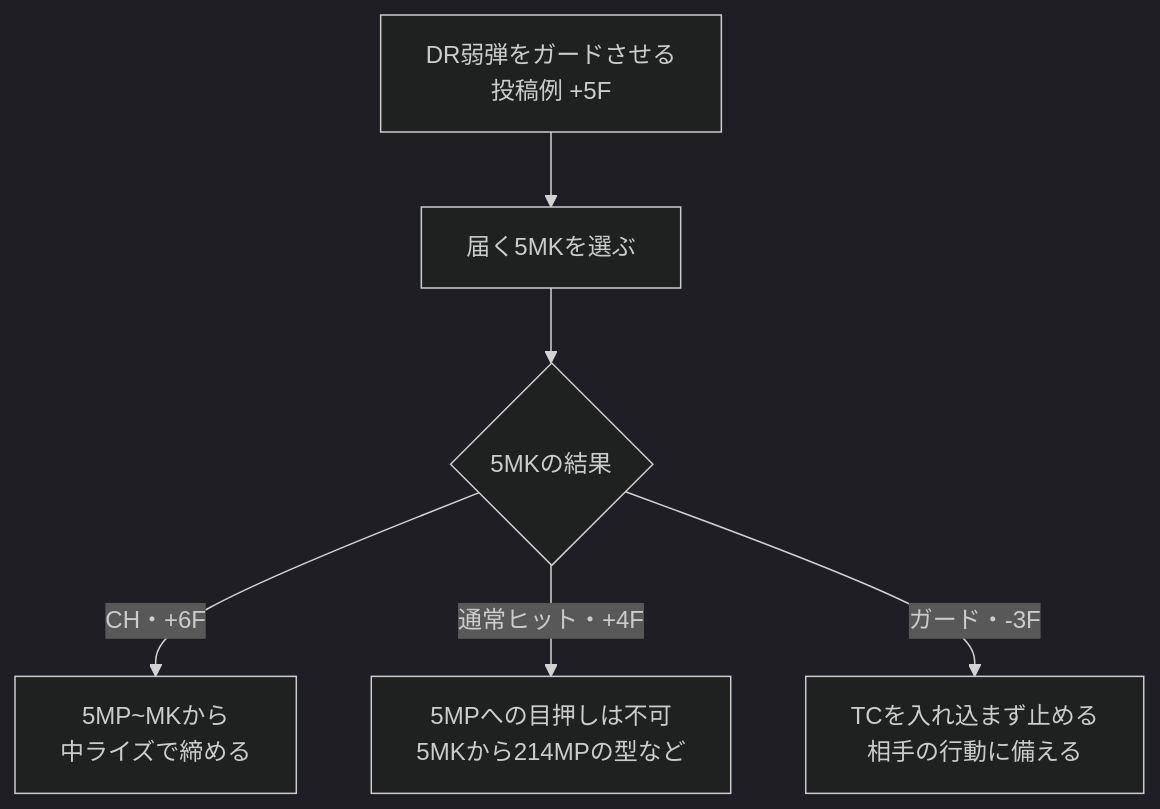
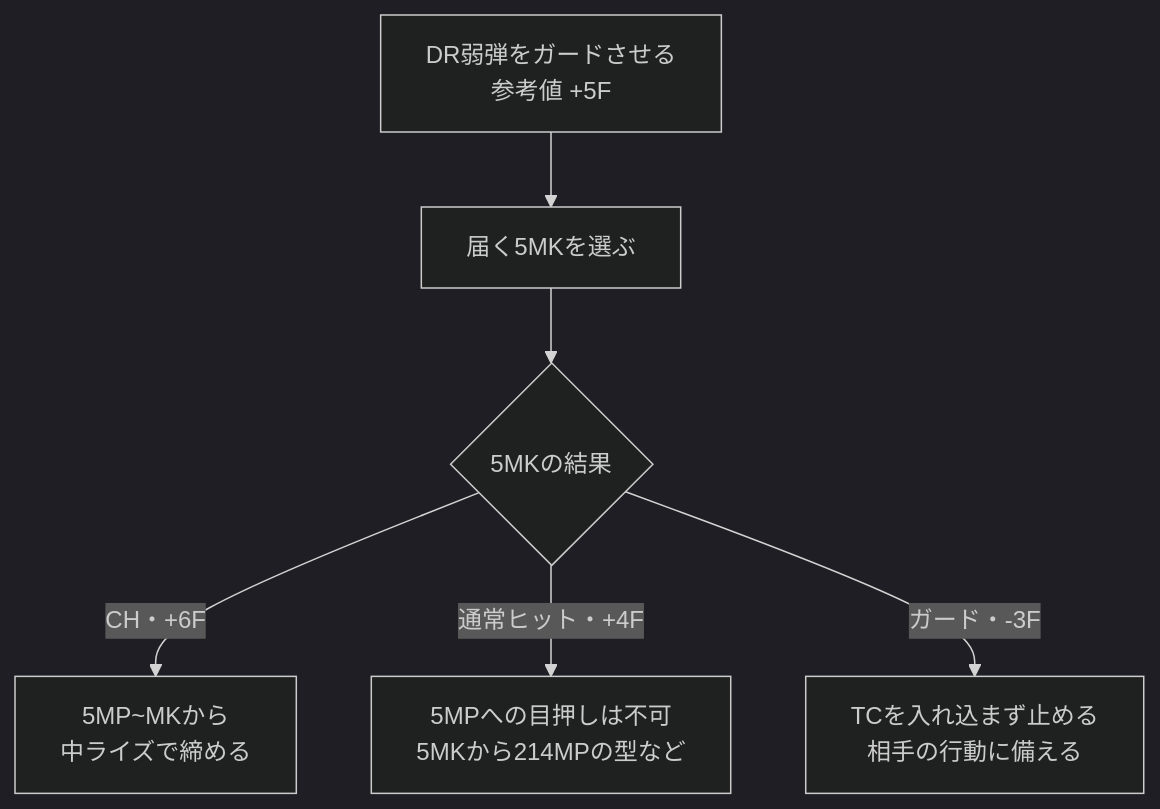
One commit to kjun1/sf6 changed the fourth of 5 diagrams in docs/ingrid/pressure.md. Above: the diagram before and after it, drawn with Mermaid (dark theme). The commit also changed other lines of this file and 15 other files, not shown here.

````diff
--- a/docs/ingrid/pressure.md
+++ b/docs/ingrid/pressure.md
@@ -163,8 +162,8 @@
 ```mermaid
 flowchart TD
-    guard["DR弱弾をガードさせる<br/>投稿例 +5F"] --> kick["届く5MKを選ぶ"]
+    guard["DR弱弾をガードさせる<br/>参考値 +5F"] --> kick["届く5MKを選ぶ"]
     kick --> result{"5MKの結果"}
     result -->|CH・+6F| combo["5MP~MKから<br/>中ライズで締める"]
     result -->|通常ヒット・+4F| normal["5MPへの目押しは不可<br/>5MKから214MPの型など"]
     result -->|ガード・-3F| stop["TCを入れ込まず止める<br/>相手の行動に備える"]
 ```
````
